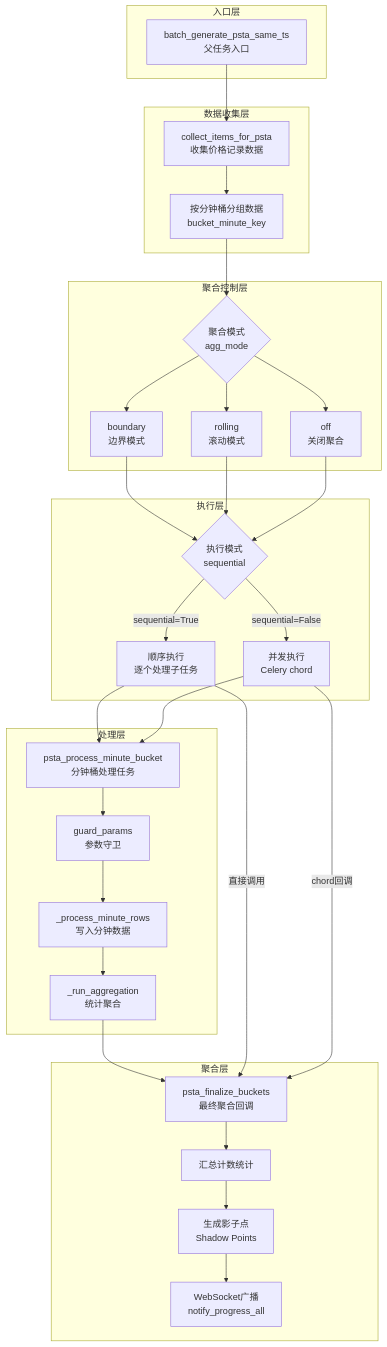
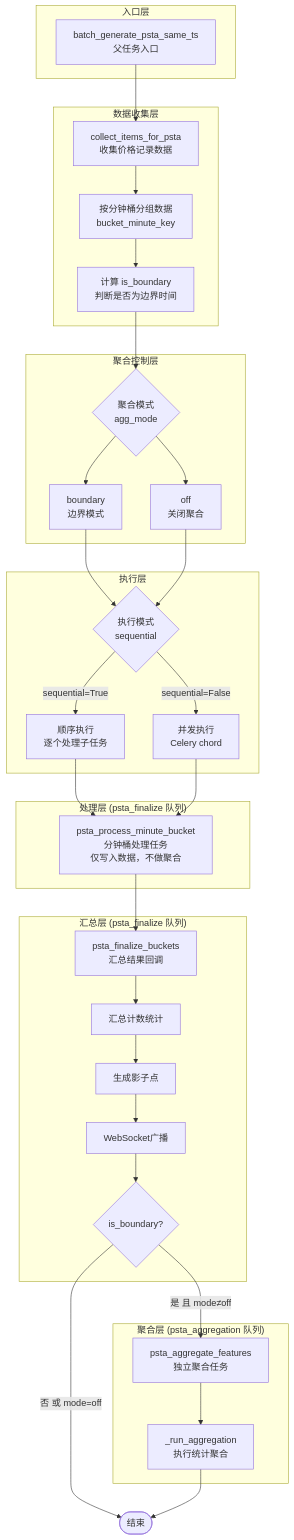
One commit to zhujiansamuel/YamagotiProjects changed the first of 6 diagrams in docs/TIMESTAMP_ALIGNMENT_TASK_FLOWCHART.md. Above: the diagram before and after it, drawn with Mermaid. The commit also changed other lines of this file and 3 other files, not shown here.

First line of the commit message:
refactor: PSTA v3 - move aggregation to finalize with separate task

````diff
--- a/docs/TIMESTAMP_ALIGNMENT_TASK_FLOWCHART.md
+++ b/docs/TIMESTAMP_ALIGNMENT_TASK_FLOWCHART.md
@@ -7,61 +14,63 @@
 ```mermaid
 flowchart TB
     subgraph Entry["入口层"]
         A[batch_generate_psta_same_ts<br/>父任务入口]
     end
 
     subgraph DataCollection["数据收集层"]
         B[collect_items_for_psta<br/>收集价格记录数据]
         C[按分钟桶分组数据<br/>bucket_minute_key]
+        D[计算 is_boundary<br/>判断是否为边界时间]
     end
 
     subgraph AggControl["聚合控制层"]
-        D{聚合模式<br/>agg_mode}
-        D1[boundary<br/>边界模式]
-        D2[rolling<br/>滚动模式]
-        D3[off<br/>关闭聚合]
+        E{聚合模式<br/>agg_mode}
+        E1[boundary<br/>边界模式]
+        E2[off<br/>关闭聚合]
     end
 
     subgraph Execution["执行层"]
-        E{执行模式<br/>sequential}
-        E1[顺序执行<br/>逐个处理子任务]
-        E2[并发执行<br/>Celery chord]
+        F{执行模式<br/>sequential}
+        F1[顺序执行<br/>逐个处理子任务]
+        F2[并发执行<br/>Celery chord]
     end
 
-    subgraph Processing["处理层"]
-        F[psta_process_minute_bucket<br/>分钟桶处理任务]
-        F1[guard_params<br/>参数守卫]
-        F2[_process_minute_rows<br/>写入分钟数据]
-        F3[_run_aggregation<br/>统计聚合]
+    subgraph Processing["处理层 (psta_finalize 队列)"]
+        G[psta_process_minute_bucket<br/>分钟桶处理任务<br/>仅写入数据，不做聚合]
     end
 
-    subgraph Finalization["聚合层"]
-        G[psta_finalize_buckets<br/>最终聚合回调]
-        G1[汇总计数统计]
-        G2[生成影子点<br/>Shadow Points]
-        G3[WebSocket广播<br/>notify_progress_all]
+    subgraph Finalization["汇总层 (psta_finalize 队列)"]
+        H[psta_finalize_buckets<br/>汇总结果回调]
+        H1[汇总计数统计]
+        H2[生成影子点]
+        H3[WebSocket广播]
+        H4{is_boundary?}
+    end
+
+    subgraph Aggregation["聚合层 (psta_aggregation 队列)"]
+        I[psta_aggregate_features<br/>独立聚合任务]
+        I1[_run_aggregation<br/>执行统计聚合]
     end
 
     A --> B
     B --> C
     C --> D
-    D --> D1
-    D --> D2
-    D --> D3
-    D1 --> E
-    D2 --> E
-    D3 --> E
-    E -->|sequential=True| E1
-    E -->|sequential=False| E2
+    D --> E
+    E --> E1
+    E --> E2
     E1 --> F
     E2 --> F
-    F --> F1
-    F1 --> F2
-    F2 --> F3
-    F3 --> G
-    E1 -->|直接调用| G
-    E2 -->|chord回调| G
-    G --> G1
-    G1 --> G2
-    G2 --> G3
+    F -->|sequential=True| F1
+    F -->|sequential=False| F2
+    F1 --> G
+    F2 --> G
+    G --> H
+    H --> H1
+    H1 --> H2
+    H2 --> H3
+    H3 --> H4
+    H4 -->|是 且 mode≠off| I
+    H4 -->|否 或 mode=off| END([结束])
+    I --> I1
+    I1 --> END
 ```
````
